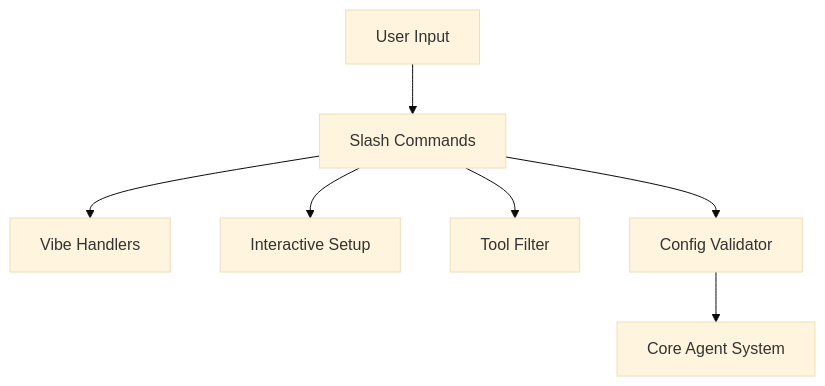
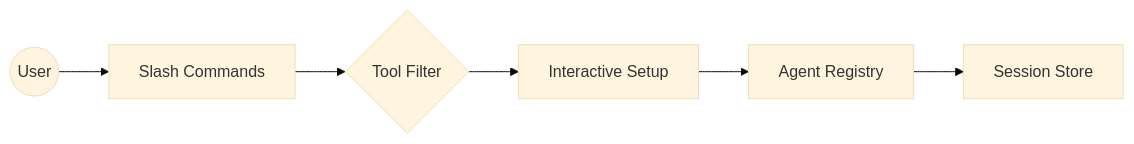
Before and after one commit to Zeeeepa/code-buddy: the diagram in .codebuddy/docs/3q-shared-utilities-cli-and-slash-commands.md, drawn with Mermaid (base theme). The commit also changed other lines of this file and 29 other files, not shown here.

````diff
--- a/.codebuddy/docs/3q-shared-utilities-cli-and-slash-commands.md
+++ b/.codebuddy/docs/3q-shared-utilities-cli-and-slash-commands.md
@@ -5,9 +9,8 @@
 ```mermaid
-graph TD
-    User[User Input] --> CLI[Slash Commands]
-    CLI --> Vibe[Vibe Handlers]
-    CLI --> Setup[Interactive Setup]
-    CLI --> Filter[Tool Filter]
-    CLI --> Config[Config Validator]
-    Config --> Core[Core Agent System]
+graph LR
+    User((User)) --> Slash[Slash Commands]
+    Slash --> Filter{Tool Filter}
+    Filter --> Setup[Interactive Setup]
+    Setup --> Agent[Agent Registry]
+    Agent --> Session[Session Store]
 ```
````
